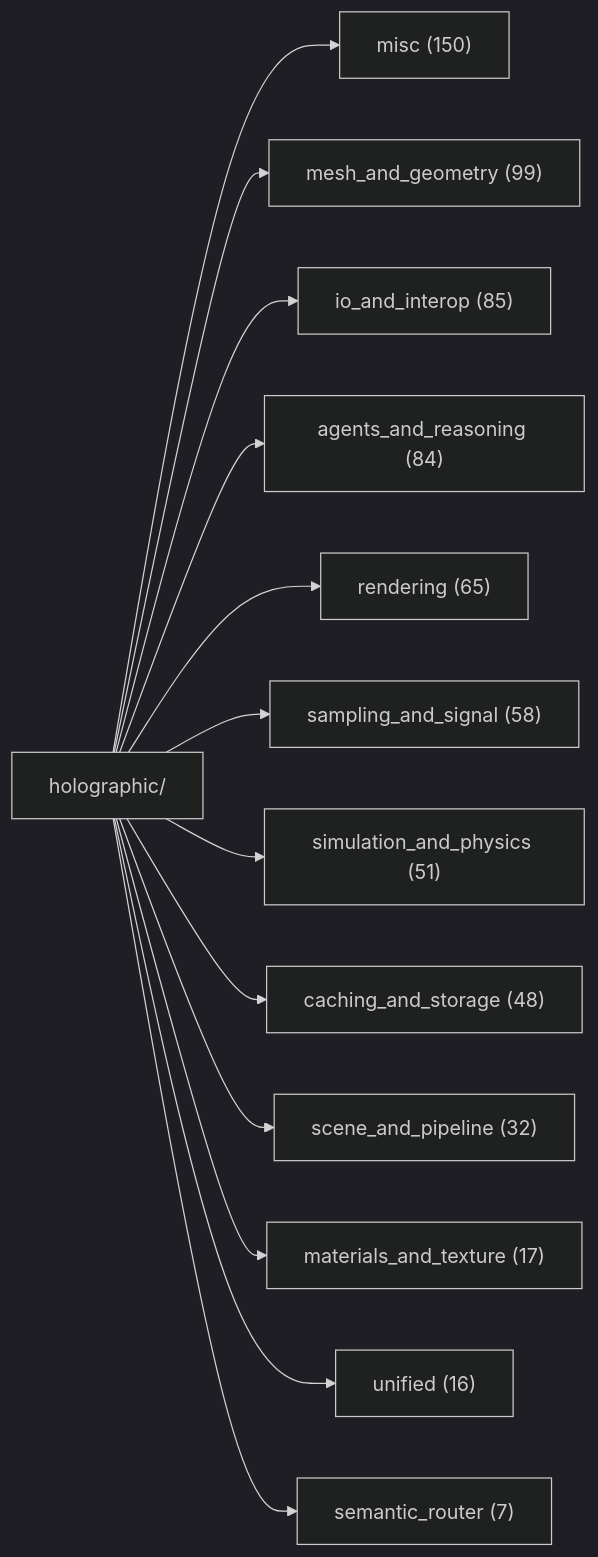
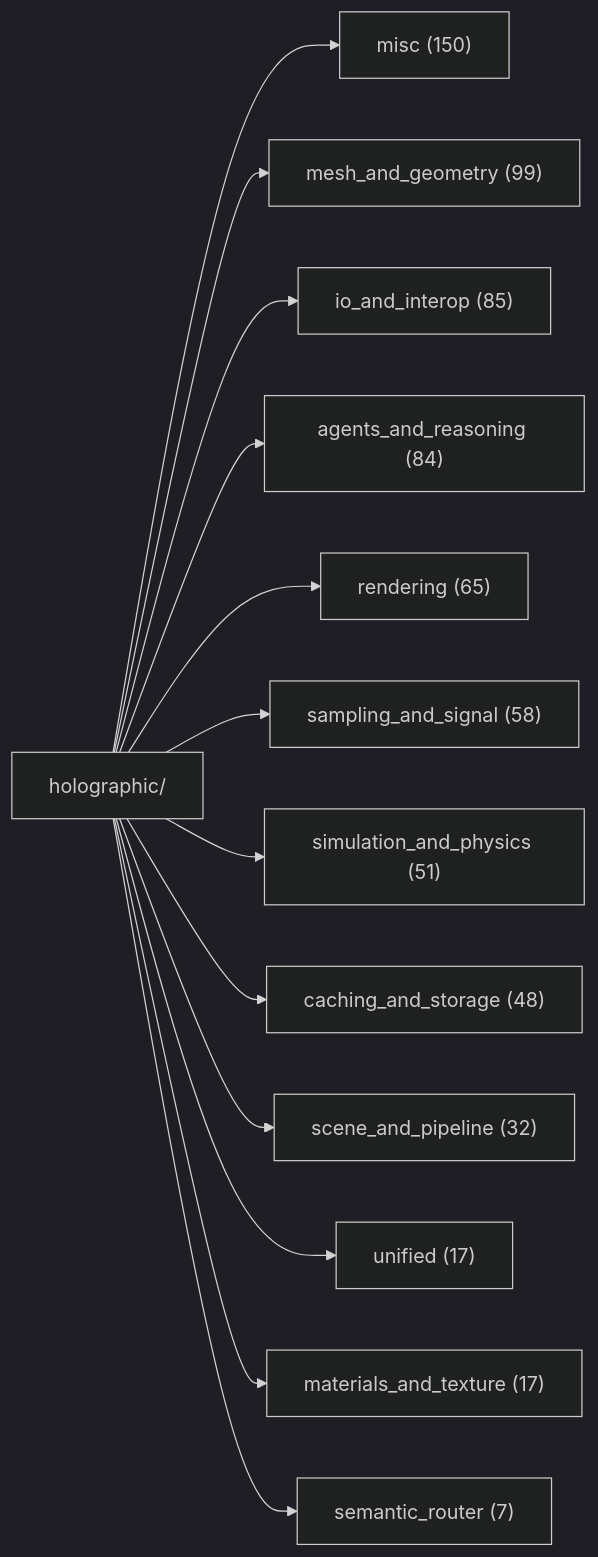
One commit to AnOversizedMooseWithSocks/leCore changed the first of 2 diagrams in docs/DOC_MAP.md. Above: the diagram before and after it, drawn with Mermaid (dark theme). The commit also changed other lines of this file and 16 other files, not shown here.

````diff
--- a/docs/DOC_MAP.md
+++ b/docs/DOC_MAP.md
@@ -35,16 +35,16 @@
 ```mermaid
 graph LR
     H[holographic/]
     H --> misc["misc (150)"]
     H --> mesh["mesh_and_geometry (99)"]
     H --> io_a["io_and_interop (85)"]
     H --> agen["agents_and_reasoning (84)"]
     H --> rend["rendering (65)"]
     H --> samp["sampling_and_signal (58)"]
     H --> simu["simulation_and_physics (51)"]
     H --> cach["caching_and_storage (48)"]
     H --> scen["scene_and_pipeline (32)"]
+    H --> unif["unified (17)"]
     H --> mate["materials_and_texture (17)"]
-    H --> unif["unified (16)"]
     H --> sema["semantic_router (7)"]
 ```
````
